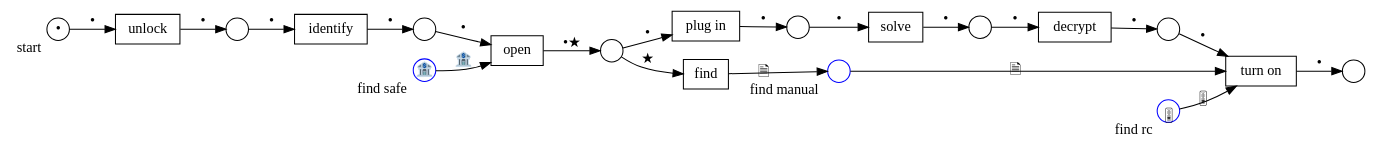
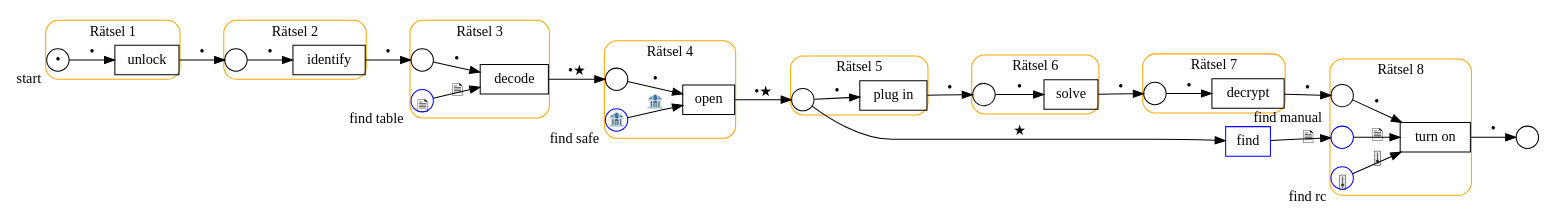
Before and after one commit to Dungeon-CampusMinden/Dungeon: the diagram in escape-room/analog_evaluation/base_petri_net.gv, drawn with Graphviz.

Commit message:
mark puzzles in petri net graph

```diff
--- a/escape-room/analog_evaluation/base_petri_net.gv
+++ b/escape-room/analog_evaluation/base_petri_net.gv
@@ -1,72 +1,137 @@
 // dot -Tpng base_petri_net.gv -o base_petri_net.png
 
 digraph G {
 	//graph [layout=dot rankdir=LR]
 
 	rankdir=LR
-	center=true; margin=1
+	center=true
+	margin=1
 	subgraph puzzles {
 		node [shape=circle,fixedsize=true,label="", height=.3,width=.3]
 		# i [label="", fontsize=20]
 
 		r1 [label="&bull;",xlabel="start"]
 		r2
 		r3
 		r4
 		r5
 		r6
 		r7
 		r8
+		goal
 	}
 
 	subgraph clues {
 		node [shape=circle,color=blue,fixedsize=true,label="", height=.3,width=.3]
 		# i [label="", fontsize=20]
 
-		c1 [label="🏦",xlabel="find safe"]
-		c2 [xlabel="find manual"]
-		c3 [label=<<SUB>🎚</SUB>>,xlabel="find rc"]
+		c1 [label=<<SUB>🗎</SUB>>,xlabel="find table"]
+		c2 [label="🏦",xlabel="find safe"]
+		c3 [xlabel="find manual"]
+		c4 [label=<<SUB>🎚</SUB>>,xlabel="find rc"]
 	}
 
 	subgraph transitions {
 		node [shape=rect,height=0.4,width=.4]
 
-		t2 [label="unlock"]
-		t3 [label="identify"]
-		t4 [label="decode"]
+		t1 [label="unlock"]
+		t2 [label="identify"]
+		t3 [label="decode"]
 		t4 [label="open"]
 		t5 [label="plug in"]
-		tc2 [label="find"]
+		tc3 [label="find",color=blue]
 		t6 [label="solve"]
 		t7 [label="decrypt"]
 		t8 [label="turn on"]
 	}
 
 	// •★ &bull; ✉ <<SUB>🗎</SUB>>
 	//r1->t1->r2
-	r1->t2 [label="&bull;"]
-	t2->r2 [label="&bull;"]
 
-	r2->t3 [label="&bull;"]
-	t3->r3 [label="&bull;"]
+	subgraph cluster_p1 {
+		style = "rounded"
+		color = orange
+		label = "Rätsel 1"
 
-	r3->t4 [label="&bull;"]
-	c1->t4 [label="🏦"]
-	t4->r4 [label="&bull;★"]
+		r1->t1 [label="&bull;"]
+	}
 
-	r4->t5 [label="&bull;"]
-	t5->r5 [label="&bull;"]
-	r4->tc2 [label="★"]
-	tc2->c2 [label=<<SUB>🗎</SUB>>]
+	t1->r2 [label="&bull;"]
 
-	r5->t6 [label="&bull;"]
-	t6->r6 [label="&bull;"]
+	subgraph cluster_p2 {
+		style = "rounded"
+		color = orange
+		label = "Rätsel 2"
 
-	r6->t7 [label="&bull;"]
-	t7->r7 [label="&bull;"]
+		r2->t2 [label="&bull;"]
+	}
 
-	r7->t8 [label="&bull;"]
-	c2->t8 [label=<<SUB>🗎</SUB>>]
-	c3->t8 [label=<<SUB>🎚</SUB>>]
-	t8->r8 [label="&bull;"]
+	t2->r3 [label="&bull;"]
+
+
+	subgraph cluster_p3 {
+		style = "rounded"
+		color = orange
+		label = "Rätsel 3"
+
+		r3->t3 [label="&bull;"]
+		c1->t3 [label=<<SUB>🗎</SUB>>]
+	}
+
+	t3->r4 [label="&bull;★"]
+
+	subgraph cluster_p4 {
+		style = "rounded"
+		color = orange
+		label = "Rätsel 4"
+
+		r4->t4 [label="&bull;"]
+		c2->t4 [label="🏦"]
+	}
+
+	t4->r5 [label="&bull;★"]
+
+	subgraph cluster_p5 {
+		style = "rounded"
+		color = orange
+		label = "Rätsel 5"
+
+		r5->t5 [label="&bull;"]
+	}
+
+	t5->r6 [label="&bull;"]
+	r5->tc3 [label="★"]
+	tc3->c3 [label=<<SUB>🗎</SUB>>]
+
+	subgraph cluster_p6 {
+		style = "rounded"
+		color = orange
+		label = "Rätsel 6"
+
+		r6->t6 [label="&bull;"]
+	}
+
+	t6->r7 [label="&bull;"]
+
+	subgraph cluster_p7 {
+		style = "rounded"
+		color = orange
+		label = "Rätsel 7"
+
+		r7->t7 [label="&bull;"]
+	}
+
+	t7->r8 [label="&bull;"]
+
+	subgraph cluster_p8 {
+		style = "rounded"
+		color = orange
+		label = "Rätsel 8"
+
+		r8->t8 [label="&bull;"]
+		c3->t8 [label=<<SUB>🗎</SUB>>]
+		c4->t8 [label=<<SUB>🎚</SUB>>]
+	}
+
+	t8->goal [label="&bull;"]
 }
```
